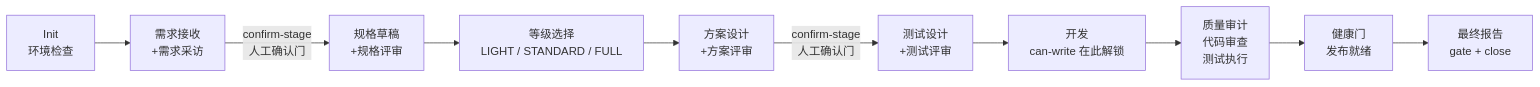
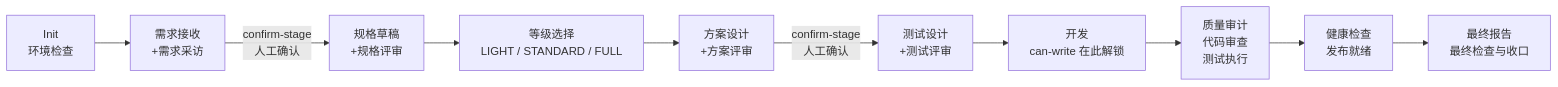
Before and after one commit to rye567/loopx: the diagram in README.zh-CN.md, drawn with Mermaid. The commit also changed other lines of this file and 114 other files, not shown here.

````diff
--- a/README.zh-CN.md
+++ b/README.zh-CN.md
@@ -13,12 +13,12 @@
 ```mermaid
 flowchart LR
     A["Init<br/>环境检查"] --> B["需求接收<br/>+需求采访"]
-    B -->|"confirm-stage<br/>人工确认门"| C["规格草稿<br/>+规格评审"]
+    B -->|"confirm-stage<br/>人工确认"| C["规格草稿<br/>+规格评审"]
     C --> D["等级选择<br/>LIGHT / STANDARD / FULL"]
     D --> E["方案设计<br/>+方案评审"]
-    E -->|"confirm-stage<br/>人工确认门"| F["测试设计<br/>+测试评审"]
+    E -->|"confirm-stage<br/>人工确认"| F["测试设计<br/>+测试评审"]
     F --> G["开发<br/>can-write 在此解锁"]
     G --> H["质量审计<br/>代码审查<br/>测试执行"]
-    H --> I["健康门<br/>发布就绪"]
-    I --> J["最终报告<br/>gate + close"]
+    H --> I["健康检查<br/>发布就绪"]
+    I --> J["最终报告<br/>最终检查与收口"]
 ```
````
